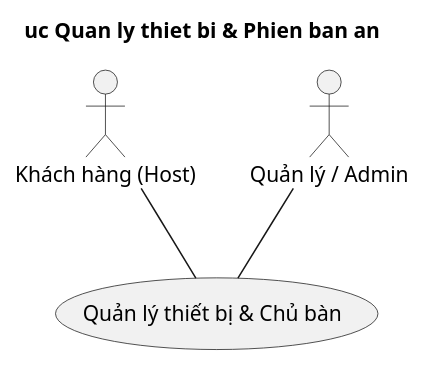
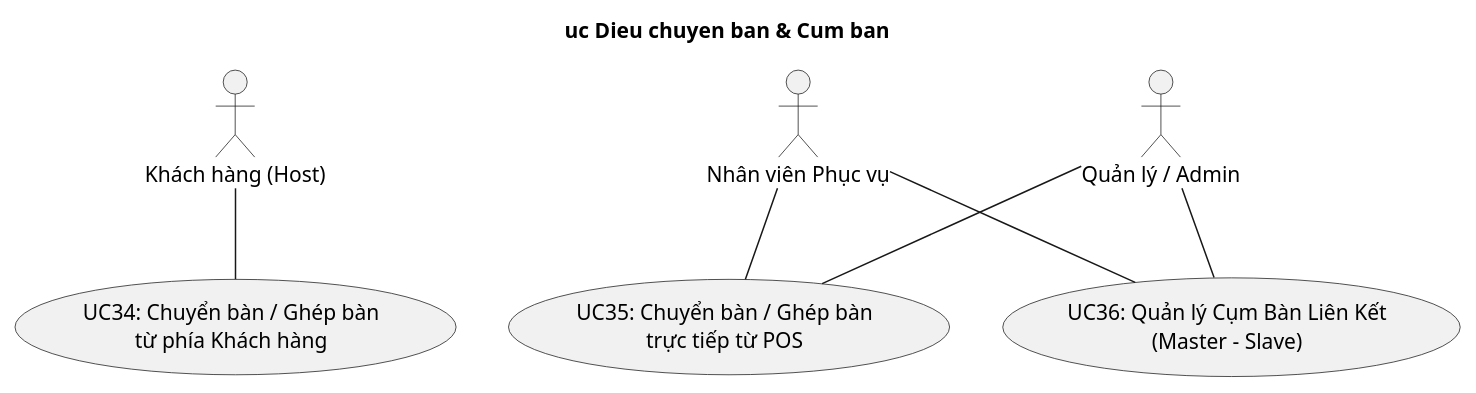
One commit to qu2nishere/HoaDiemCac-backend changed the seventh of 9 diagrams in doc/DacTa_Chuong3_UseCase.md. Above: the diagram before and after it, drawn with PlantUML. The commit also changed other lines of this file and 2 other files, not shown here.

First line of the commit message:
docs(usecase): synchronize all 42 use cases with UC-new.pdf specifications

````diff
--- a/doc/DacTa_Chuong3_UseCase.md
+++ b/doc/DacTa_Chuong3_UseCase.md
@@ -322,13 +355,18 @@
 ```plantuml
-@startuml uc-quan-ly-thiet-bi
-title uc Quan ly thiet bi & Phien ban an
-
+@startuml uc-dieu-chuyen-cum-ban
+title uc Dieu chuyen ban & Cum ban
 actor "Khách hàng (Host)" as KH
+actor "Nhân viên Phục vụ" as NVPV
 actor "Quản lý / Admin" as QL
 
-usecase "Quản lý thiết bị & Chủ bàn" as UC35
+usecase "UC34: Chuyển bàn / Ghép bàn\ntừ phía Khách hàng" as UC34
+usecase "UC35: Chuyển bàn / Ghép bàn\ntrực tiếp từ POS" as UC35
+usecase "UC36: Quản lý Cụm Bàn Liên Kết\n(Master - Slave)" as UC36
 
-KH -- UC35
+KH -- UC34
+NVPV -- UC35
+NVPV -- UC36
 QL -- UC35
+QL -- UC36
 @enduml
 ```
````
